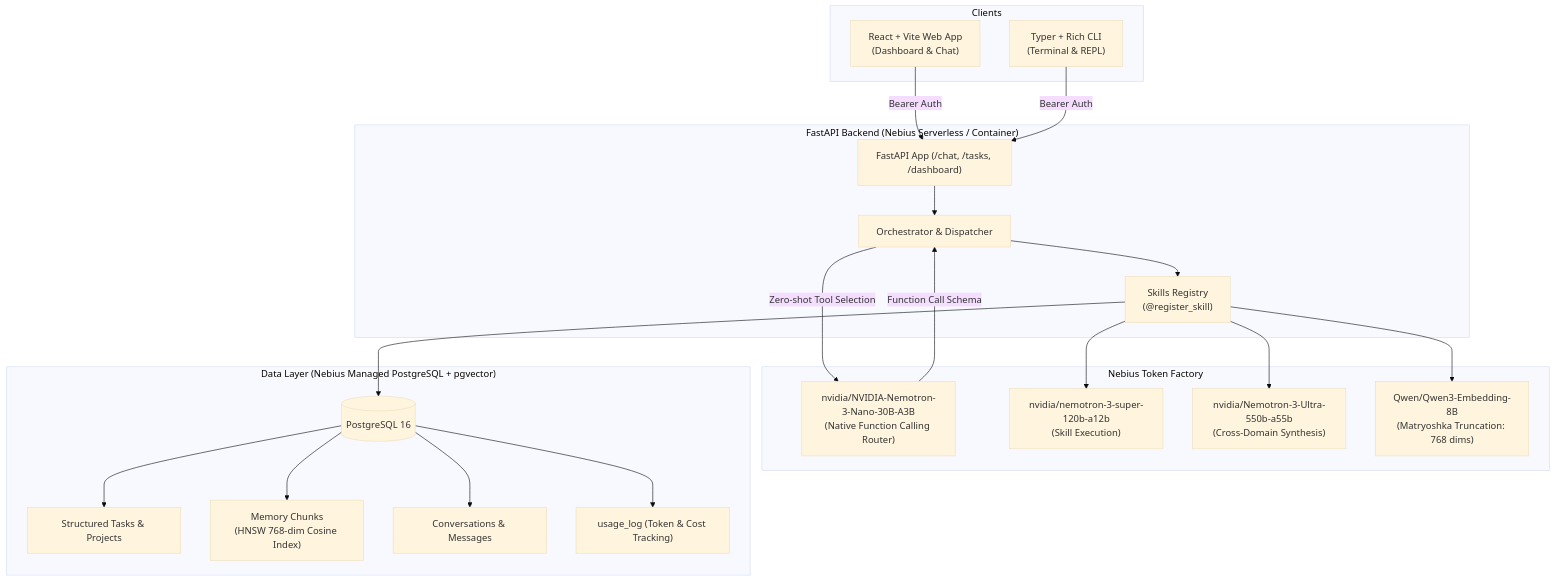
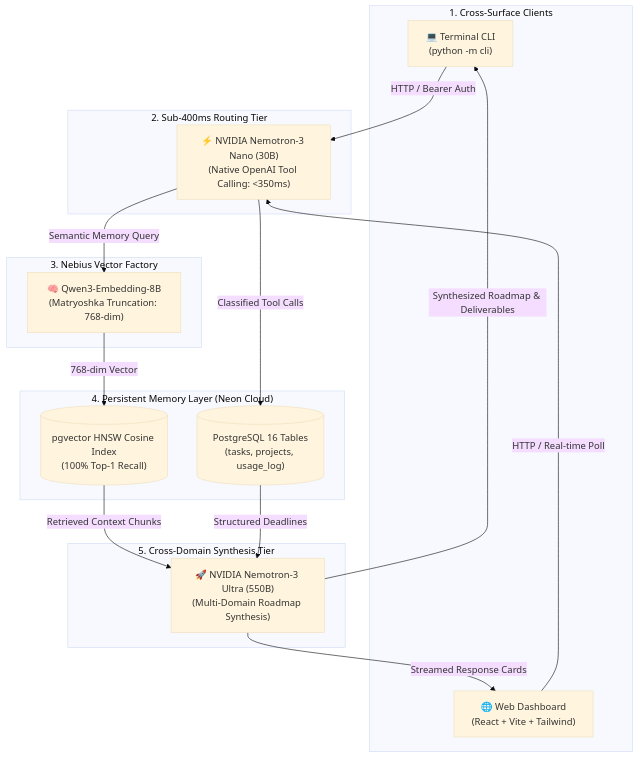
One commit to Ratnesh-101/compass changed the diagram in README.md. Above: the diagram before and after it, drawn with Mermaid (base theme). The commit also changed other lines of this file, not shown here.

Commit message:
docs(readme): end-to-end architecture diagram, latency benchmarks, token economics, and 3-minute demo script guide

````diff
--- a/README.md
+++ b/README.md
@@ -9,43 +11,34 @@
 ```mermaid
-graph TD
-    subgraph Clients["Clients"]
-        Web["React + Vite Web App<br/>(Dashboard & Chat)"]
-        CLI["Typer + Rich CLI<br/>(Terminal & REPL)"]
+flowchart TD
+    subgraph Clients["1. Cross-Surface Clients"]
+        CLI["💻 Terminal CLI<br/>(python -m cli)"]
+        Web["🌐 Web Dashboard<br/>(React + Vite + Tailwind)"]
     end
 
-    subgraph Backend["FastAPI Backend (Nebius Serverless / Container)"]
-        API["FastAPI App (/chat, /tasks, /dashboard)"]
-        Orchestrator["Orchestrator & Dispatcher"]
-        SkillsRegistry["Skills Registry<br/>(@register_skill)"]
+    subgraph Router["2. Sub-400ms Routing Tier"]
+        Nano["⚡ NVIDIA Nemotron-3 Nano (30B)<br/>(Native OpenAI Tool Calling: &lt;350ms)"]
     end
 
-    subgraph Models["Nebius Token Factory"]
-        Nano["nvidia/NVIDIA-Nemotron-3-Nano-30B-A3B<br/>(Native Function Calling Router)"]
-        Super["nvidia/nemotron-3-super-120b-a12b<br/>(Skill Execution)"]
-        Ultra["nvidia/Nemotron-3-Ultra-550b-a55b<br/>(Cross-Domain Synthesis)"]
-        Embeddings["Qwen/Qwen3-Embedding-8B<br/>(Matryoshka Truncation: 768 dims)"]
+    subgraph Embeddings["3. Nebius Vector Factory"]
+        Qwen["🧠 Qwen3-Embedding-8B<br/>(Matryoshka Truncation: 768-dim)"]
     end
 
-    subgraph Data["Data Layer (Nebius Managed PostgreSQL + pgvector)"]
-        PG[("PostgreSQL 16")]
-        Tasks["Structured Tasks & Projects"]
-        Vectors["Memory Chunks<br/>(HNSW 768-dim Cosine Index)"]
-        ChatHist["Conversations & Messages"]
-        UsageLog["usage_log (Token & Cost Tracking)"]
+    subgraph Storage["4. Persistent Memory Layer (Neon Cloud)"]
+        HNSW[("pgvector HNSW Cosine Index<br/>(100% Top-1 Recall)")]
+        Relational[("PostgreSQL 16 Tables<br/>(tasks, projects, usage_log)")]
     end
 
-    Web -->|Bearer Auth| API
-    CLI -->|Bearer Auth| API
-    API --> Orchestrator
-    Orchestrator -->|Zero-shot Tool Selection| Nano
-    Nano -->|Function Call Schema| Orchestrator
-    Orchestrator --> SkillsRegistry
-    SkillsRegistry --> Super
-    SkillsRegistry --> Ultra
-    SkillsRegistry --> Embeddings
-    SkillsRegistry --> PG
-    PG --> Tasks
-    PG --> Vectors
-    PG --> ChatHist
-    PG --> UsageLog
+    subgraph Synthesis["5. Cross-Domain Synthesis Tier"]
+        Ultra["🚀 NVIDIA Nemotron-3 Ultra (550B)<br/>(Multi-Domain Roadmap Synthesis)"]
+    end
+
+    CLI -->|HTTP / Bearer Auth| Nano
+    Web -->|HTTP / Real-time Poll| Nano
+    Nano -->|Classified Tool Calls| Relational
+    Nano -->|Semantic Memory Query| Qwen
+    Qwen -->|768-dim Vector| HNSW
+    HNSW -->|Retrieved Context Chunks| Ultra
+    Relational -->|Structured Deadlines| Ultra
+    Ultra -->|Synthesized Roadmap & Deliverables| CLI
+    Ultra -->|Streamed Response Cards| Web
 ```
````
